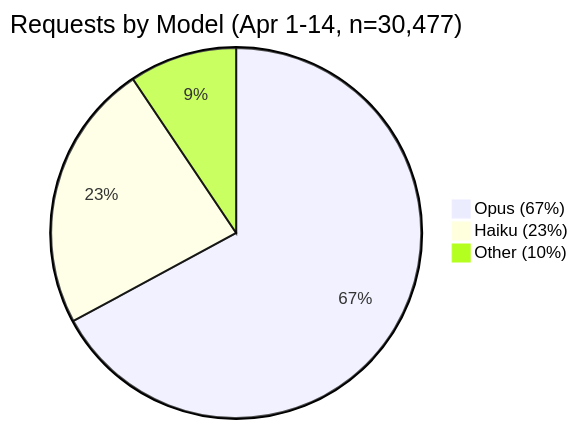
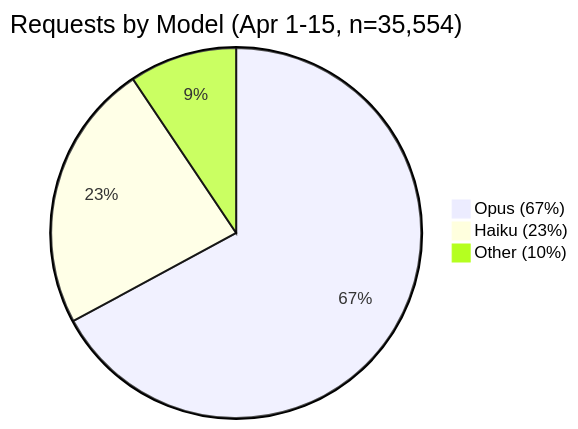
Before and after one commit to ArkNill/claude-code-hidden-problem-analysis: the second of 9 diagrams in 13_PROXY-DATA.md, drawn with Mermaid. The commit also changed other lines of this file and 5 other files, not shown here.

````diff
--- a/13_PROXY-DATA.md
+++ b/13_PROXY-DATA.md
@@ -58,6 +58,6 @@
 ```mermaid
-pie title Requests by Model (Apr 1-14, n=30,477)
+pie title Requests by Model (Apr 1-15, n=35,554)
     "Opus (67%)" : 20457
     "Haiku (23%)" : 7157
     "Other (10%)" : 2867
 ```
````
